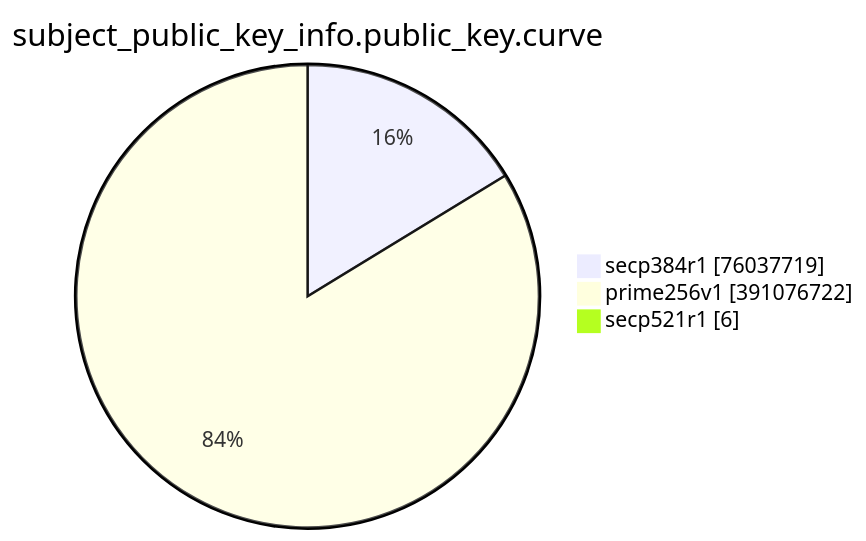
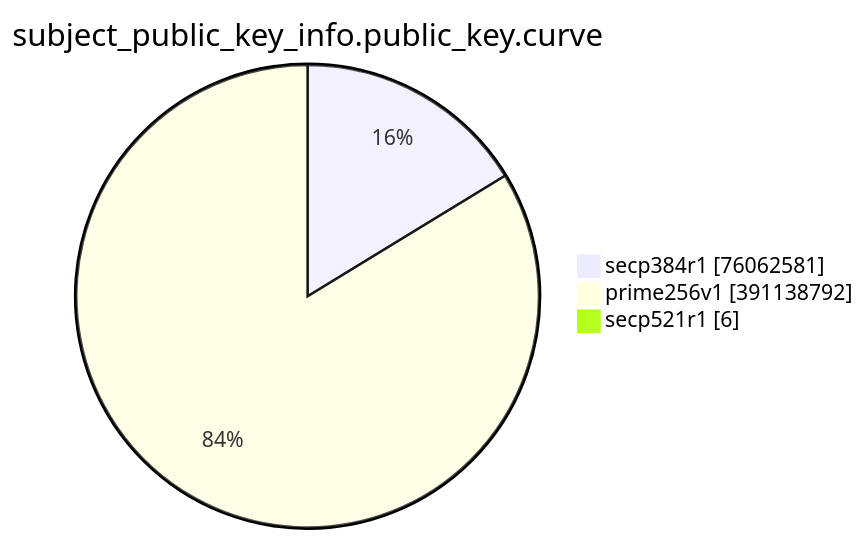
One commit to christiankrug/ctmonitor_visualization changed the eighth of 15 diagrams in TOTAL/README.md. Above: the diagram before and after it, drawn with Mermaid. The commit also changed other lines of this file, not shown here.

````diff
--- a/TOTAL/README.md
+++ b/TOTAL/README.md
@@ -3094,7 +3094,7 @@
 ```mermaid
 pie showData
 title subject_public_key_info.public_key.curve
-"secp384r1" :76037719
-"prime256v1" :391076722
+"secp384r1" :76062581
+"prime256v1" :391138792
 "secp521r1" :6
 ```
````
